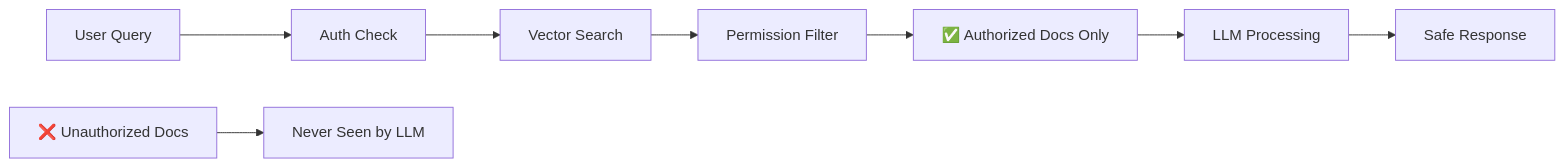
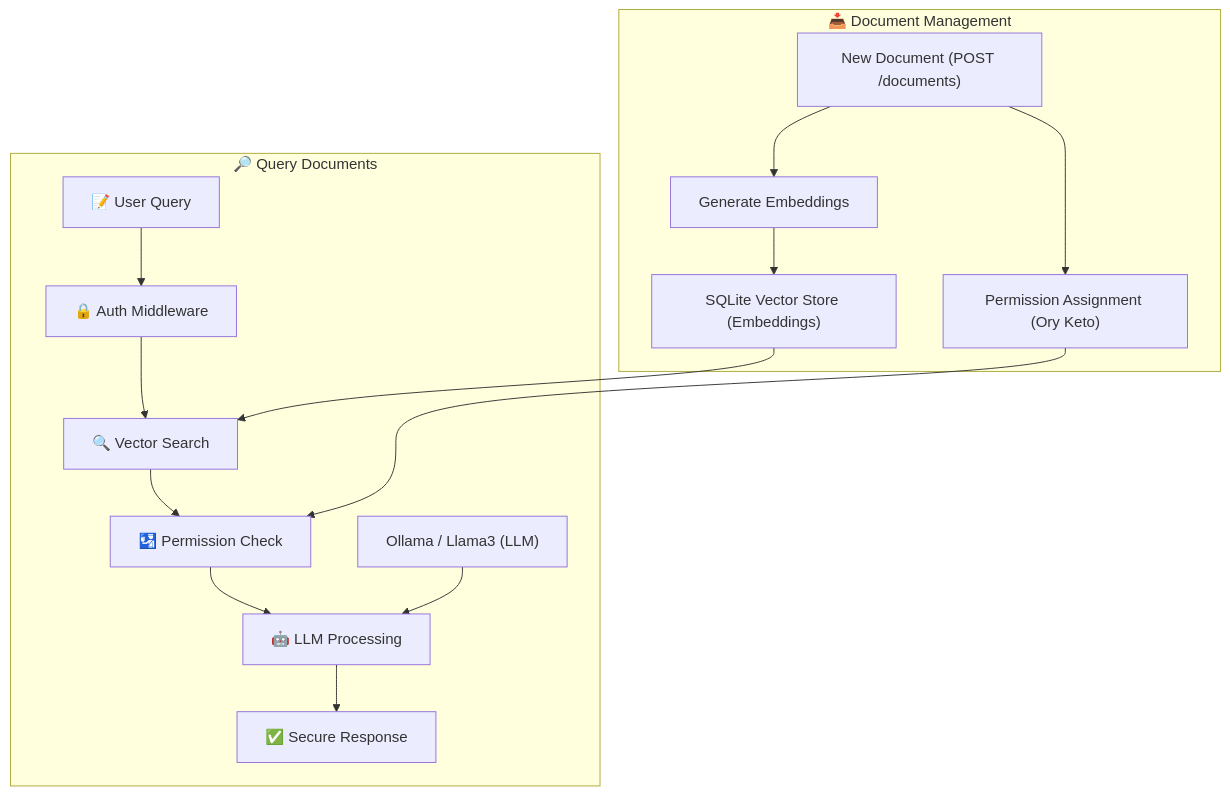
The diagram in README.md (ory/rerag-rbac-rag-llm), drawn with Mermaid before and after one commit. The commit also changed other lines of this file and 1 other file, not shown here.

````diff
--- a/README.md
+++ b/README.md
@@ -92,11 +95,32 @@
 ```mermaid
-graph LR
-    A[User Query] --> B[Auth Check]
-    B --> C[Vector Search]
-    C --> D[Permission Filter]
-    D --> E[✅ Authorized Docs Only]
-    E --> F[LLM Processing]
-    F --> G[Safe Response]
+graph TD
 
-    H[❌ Unauthorized Docs] --> I[Never Seen by LLM]
+    %% ------------------------
+    %% Add documents flow
+    %% ------------------------
+    subgraph ADD["📥 Document Management"]
+      AA["New Document (POST /documents)"]
+      AA --> H["Permission Assignment (Ory Keto)"]
+      AA --> DD["Generate Embeddings"]
+      DD --> I
+    end
+
+    %% ------------------------
+    %% Query flow
+    %% ------------------------
+    subgraph QUERY["🔎 Query Documents"]
+      A["📝 User Query"]
+      A --> B["🔒 Auth Middleware"]
+      B --> D["🔍 Vector Search"]
+      D --> E["🛂 Permission Check"]
+      E --> F["🤖 LLM Processing"]
+      F --> G["✅ Secure Response"]
+      I["SQLite Vector Store (Embeddings)"]
+      J["Ollama / Llama3 (LLM)"]
+    end
+
+    %% Wiring external systems
+    H --> E
+    I --> D
+    J --> F
 ```
````
